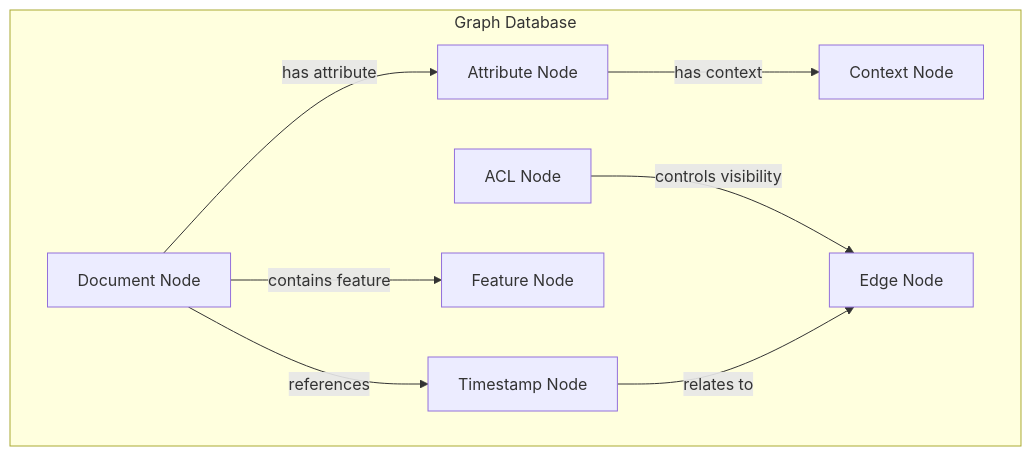
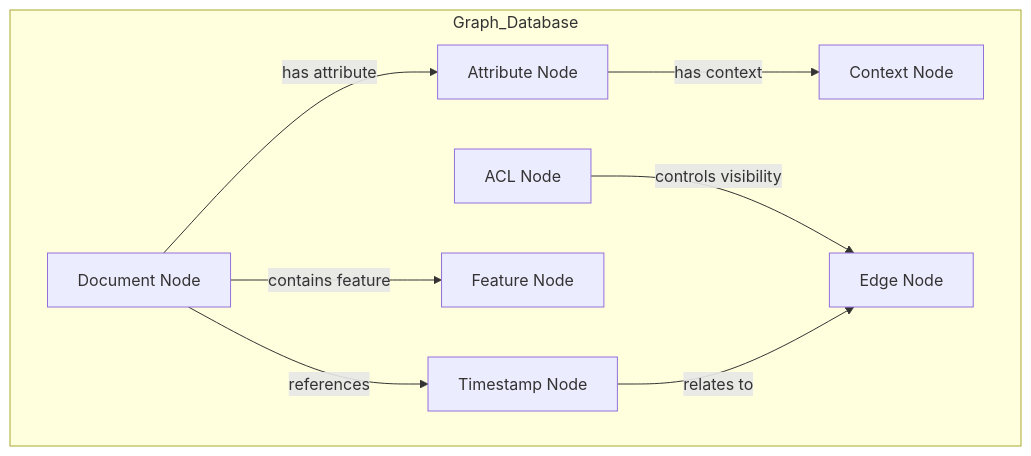
One commit to TheGuyFromTheApprentice/ActiveGraphNetworks changed the second of 4 diagrams in doco/01_Architectural_Documentation.md. Above: the diagram before and after it, drawn with Mermaid. The commit also changed other lines of this file, not shown here.

````diff
--- a/doco/01_Architectural_Documentation.md
+++ b/doco/01_Architectural_Documentation.md
@@ -89,19 +89,19 @@
 ```mermaid
 graph TB
-    subgraph Graph Database
+    subgraph Graph_Database
         node1[Document Node]
         node2[Timestamp Node]
         node3[Attribute Node]
         node4[Feature Node]
         node5[Context Node]
         node6[ACL Node]
         node7[Edge Node]
     end
 
     node1 -- references --> node2
     node1 -- has attribute --> node3
     node1 -- contains feature --> node4
     node3 -- has context --> node5
     node6 -- controls visibility --> node7
     node2 -- relates to --> node7
 ```
````
